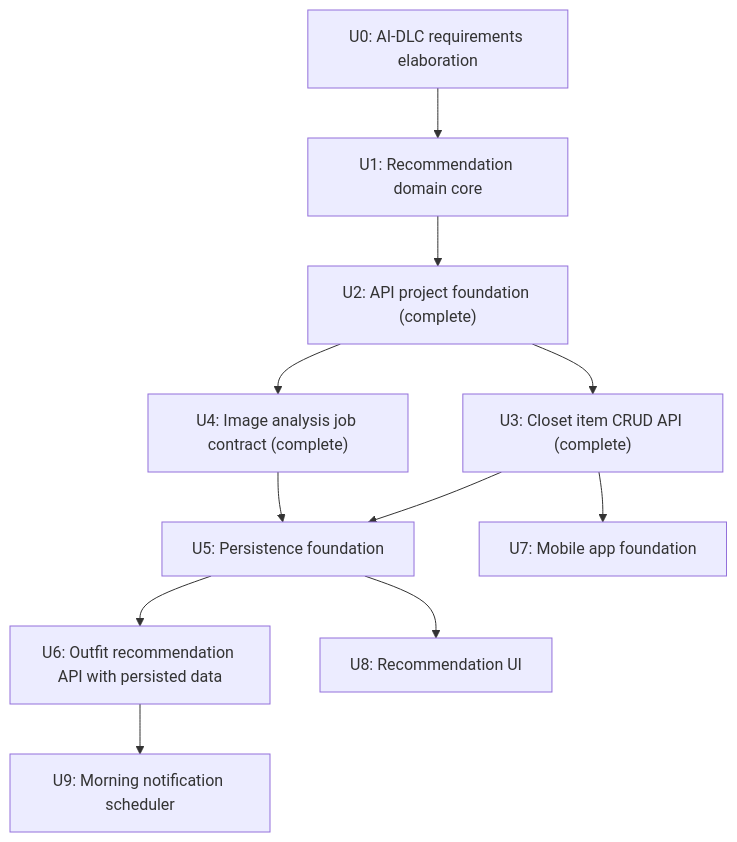
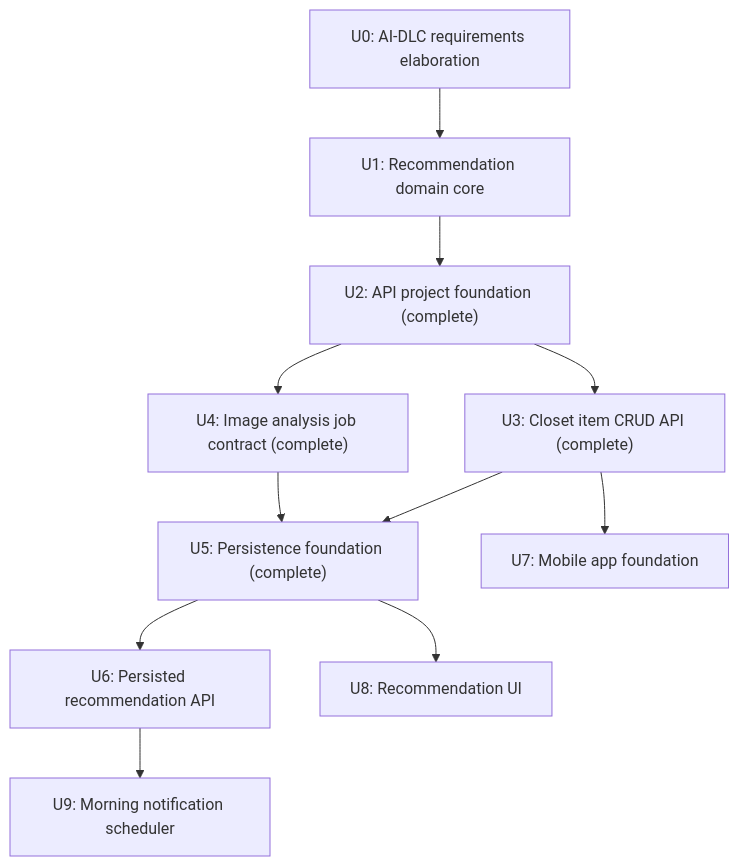
One commit to idealization/Fitlog changed the diagram in requirements/ai_dlc/00_intent.md. Above: the diagram before and after it, drawn with Mermaid. The commit also changed other lines of this file and 21 other files, not shown here.

Commit message:
Add persistence foundation

````diff
--- a/requirements/ai_dlc/00_intent.md
+++ b/requirements/ai_dlc/00_intent.md
@@ -30,13 +30,13 @@
 ```mermaid
 flowchart TD
     U0["U0: AI-DLC requirements elaboration"] --> U1["U1: Recommendation domain core"]
     U1 --> U2["U2: API project foundation (complete)"]
     U2 --> U3["U3: Closet item CRUD API (complete)"]
     U2 --> U4["U4: Image analysis job contract (complete)"]
-    U3 --> U5["U5: Persistence foundation"]
+    U3 --> U5["U5: Persistence foundation (complete)"]
     U4 --> U5
-    U5 --> U6["U6: Outfit recommendation API with persisted data"]
+    U5 --> U6["U6: Persisted recommendation API"]
     U6 --> U9["U9: Morning notification scheduler"]
     U3 --> U7["U7: Mobile app foundation"]
     U5 --> U8["U8: Recommendation UI"]
 ```
````
